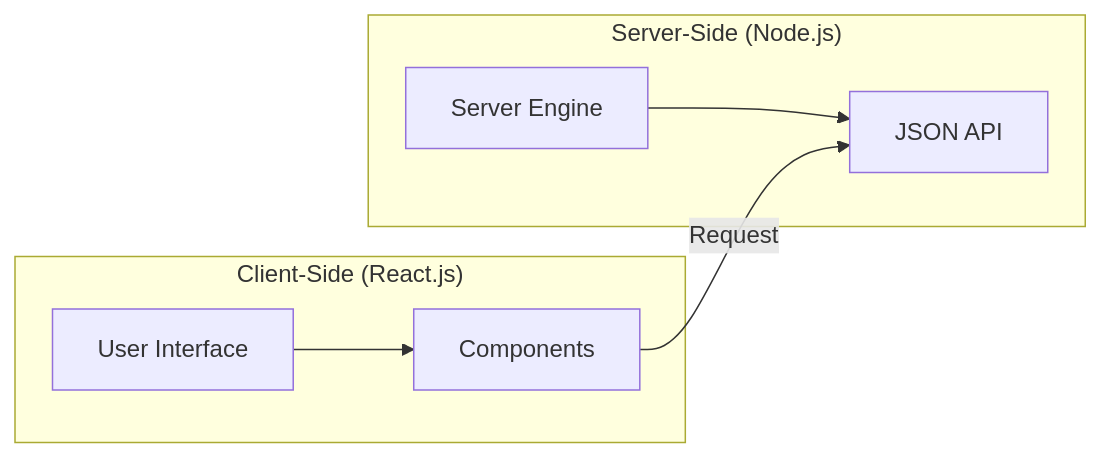
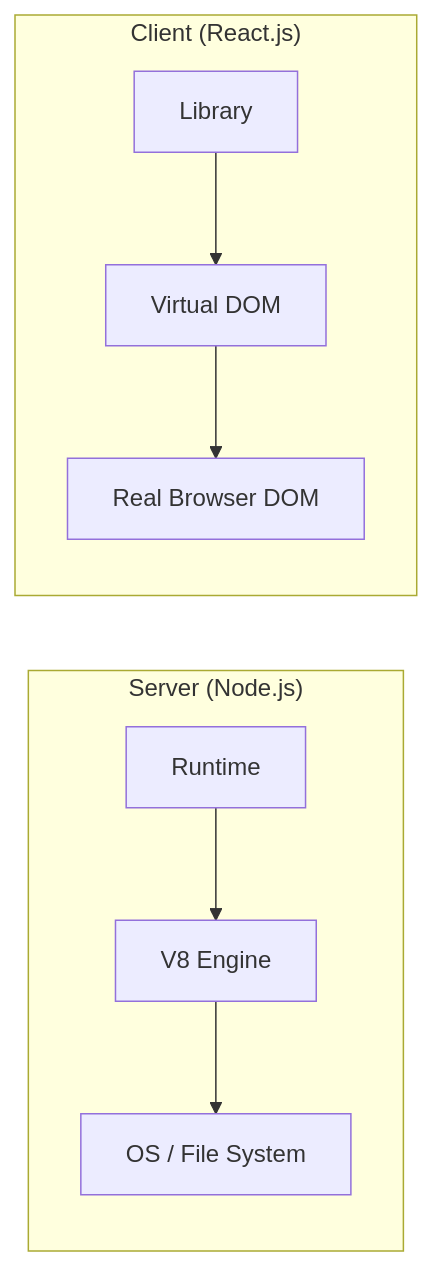
The diagram in Science/Computer Science/Web-Dev/WEB - Comparison of Node, Next, and React.js.md (rayyan-41/de-anima), drawn with Mermaid before and after one commit. The commit also changed other lines of this file and 14 other files, not shown here.

````diff
--- a/Science/Computer Science/Web-Dev/WEB - Comparison of Node, Next, and React.js.md
+++ b/Science/Computer Science/Web-Dev/WEB - Comparison of Node, Next, and React.js.md
@@ -22,10 +29,11 @@
 ```mermaid
 graph LR
-    subgraph "Server-Side (Node.js)"
-        S[Server Engine] --> API[JSON API]
+    subgraph "Server (Node.js)"
+        N[Runtime] --> V8[V8 Engine]
+        V8 --> OS[OS / File System]
     end
-    subgraph "Client-Side (React.js)"
-        U[User Interface] --> C[Components]
-        C -->|Request| API
+    subgraph "Client (React.js)"
+        R[Library] --> VDOM[Virtual DOM]
+        VDOM --> DOM[Real Browser DOM]
     end
 ```
````
